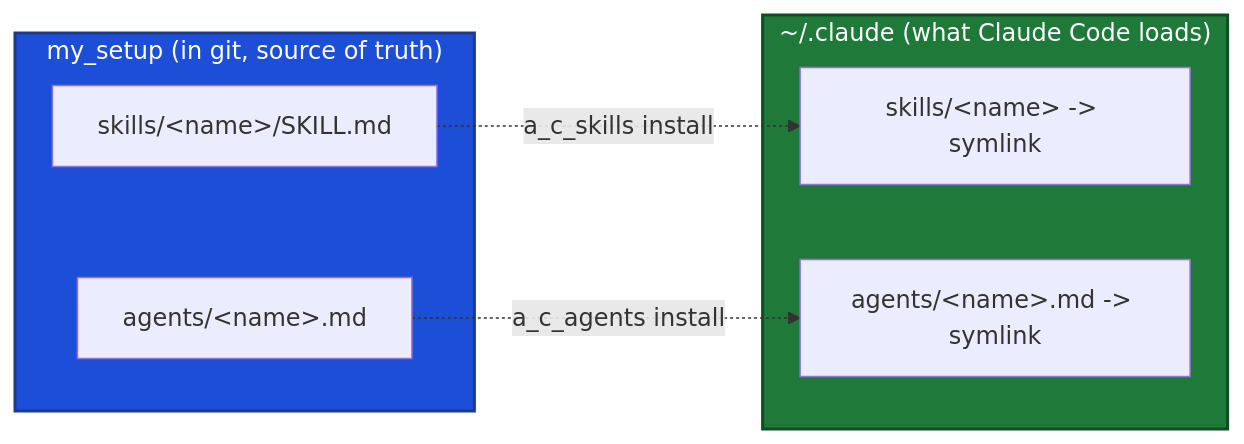
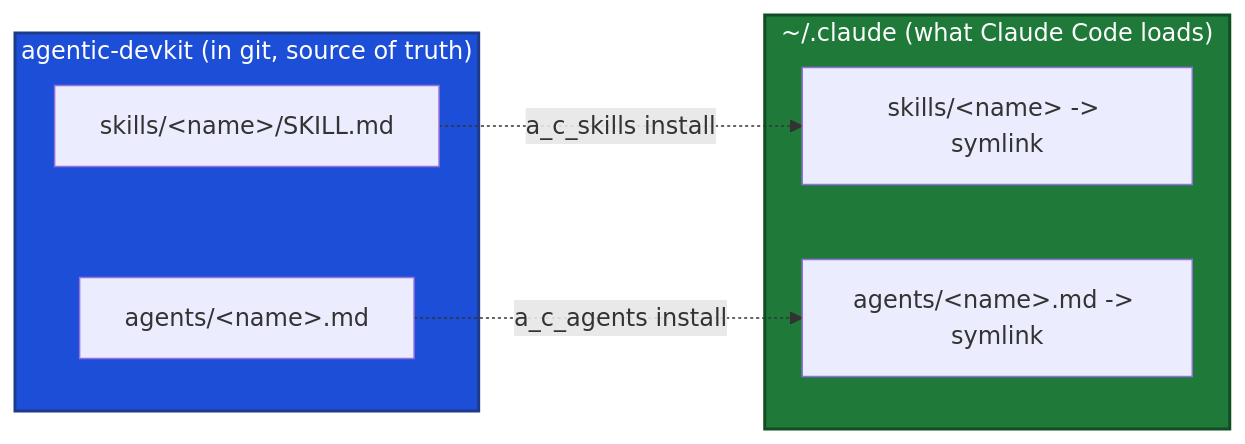
One commit to mahsanamin/agentic-devkit changed the diagram in CLAUDE.md. Above: the diagram before and after it, drawn with Mermaid. The commit also changed other lines of this file and 15 other files, not shown here.

````diff
--- a/CLAUDE.md
+++ b/CLAUDE.md
@@ -31,15 +31,15 @@
 ```mermaid
 flowchart LR
-    subgraph repo["my_setup (in git, source of truth)"]
+    subgraph repo["agentic-devkit (in git, source of truth)"]
         SK["skills/&lt;name&gt;/SKILL.md"]
         AG["agents/&lt;name&gt;.md"]
     end
     subgraph global["~/.claude (what Claude Code loads)"]
         LSK["skills/&lt;name&gt; -> symlink"]
         LAG["agents/&lt;name&gt;.md -> symlink"]
     end
     SK -. "a_c_skills install" .-> LSK
     AG -. "a_c_agents install" .-> LAG
     style repo fill:#1d4ed8,stroke:#1e3a8a,color:#ffffff,stroke-width:2px
     style global fill:#1f7a3a,stroke:#0f4d24,color:#ffffff,stroke-width:2px
 ```
````
